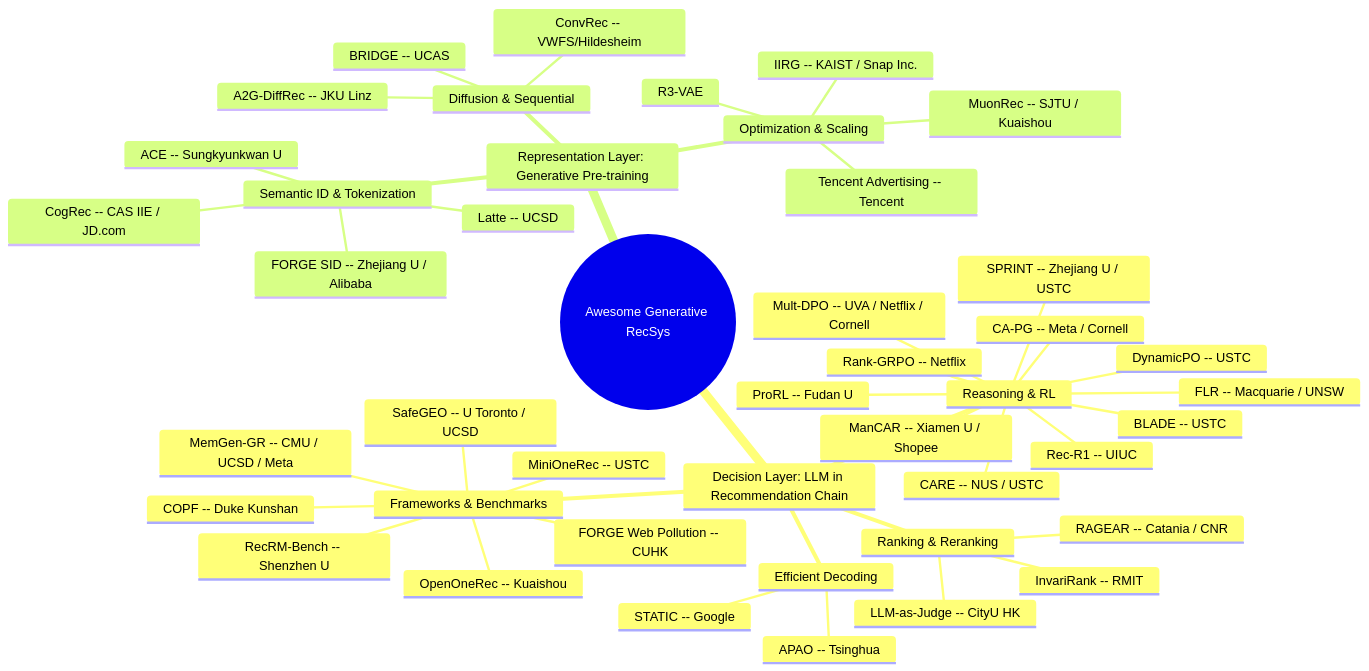
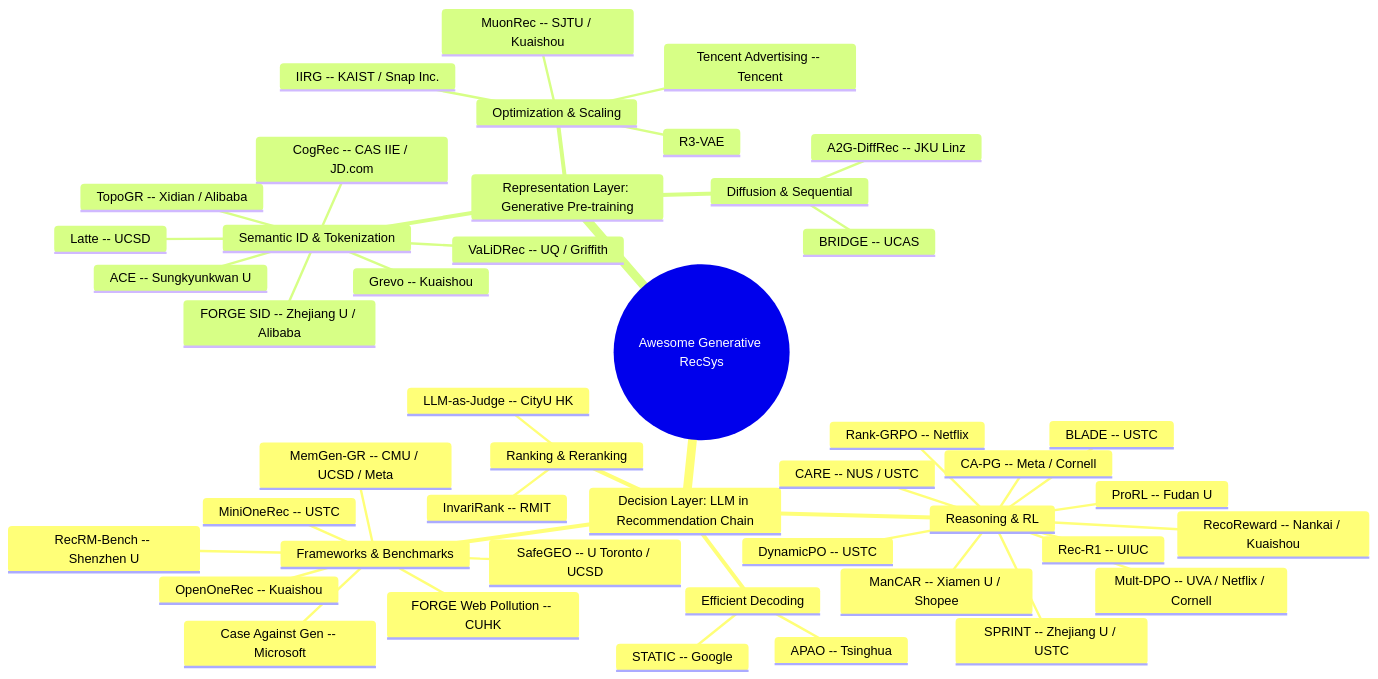
Before and after one commit to HaFred/awesome-generative-recsys: the diagram in README.md, drawn with Mermaid. The commit also changed other lines of this file and 3 other files, not shown here.

Commit message:
feat: July 29 — 5 papers: Grevo Kuaishou evolutionary SID indexing, VaLiDRec UQ/Griffith LLM-native variable-length SIDs, TopoGR Xidian/Alibaba Hamming-topology genrec, RecoReward Nankai/Kuaishou RL-MLLM item descriptions, Microsoft discriminative retrieval vs genrec

````diff
--- a/README.md
+++ b/README.md
@@ -28,47 +28,48 @@
 ```mermaid
 mindmap
   root((Awesome Generative RecSys))
     Decision Layer: LLM in Recommendation Chain
       Reasoning & RL
         Rank-GRPO -- Netflix
         DynamicPO -- USTC
         BLADE -- USTC
         SPRINT -- Zhejiang U / USTC
         Mult-DPO -- UVA / Netflix / Cornell
         CA-PG -- Meta / Cornell
         ProRL -- Fudan U
         Rec-R1 -- UIUC
-        FLR -- Macquarie / UNSW
         ManCAR -- Xiamen U / Shopee
         CARE -- NUS / USTC
+        RecoReward -- Nankai / Kuaishou
       Ranking & Reranking
         InvariRank -- RMIT
         LLM-as-Judge -- CityU HK
-        RAGEAR -- Catania / CNR
       Frameworks & Benchmarks
         MiniOneRec -- USTC
         OpenOneRec -- Kuaishou
         RecRM-Bench -- Shenzhen U
         SafeGEO -- U Toronto / UCSD
         MemGen-GR -- CMU / UCSD / Meta
         FORGE Web Pollution -- CUHK
-        COPF -- Duke Kunshan
+        Case Against Gen -- Microsoft
       Efficient Decoding
         STATIC -- Google
         APAO -- Tsinghua
     Representation Layer: Generative Pre-training
       Semantic ID & Tokenization
         Latte -- UCSD
         FORGE SID -- Zhejiang U / Alibaba
         ACE -- Sungkyunkwan U
         CogRec -- CAS IIE / JD.com
+        Grevo -- Kuaishou
+        VaLiDRec -- UQ / Griffith
+        TopoGR -- Xidian / Alibaba
       Diffusion & Sequential
         A2G-DiffRec -- JKU Linz
-        ConvRec -- VWFS/Hildesheim
         BRIDGE -- UCAS
       Optimization & Scaling
         MuonRec -- SJTU / Kuaishou
         Tencent Advertising -- Tencent
         IIRG -- KAIST / Snap Inc.
         R3-VAE
 ```
````
